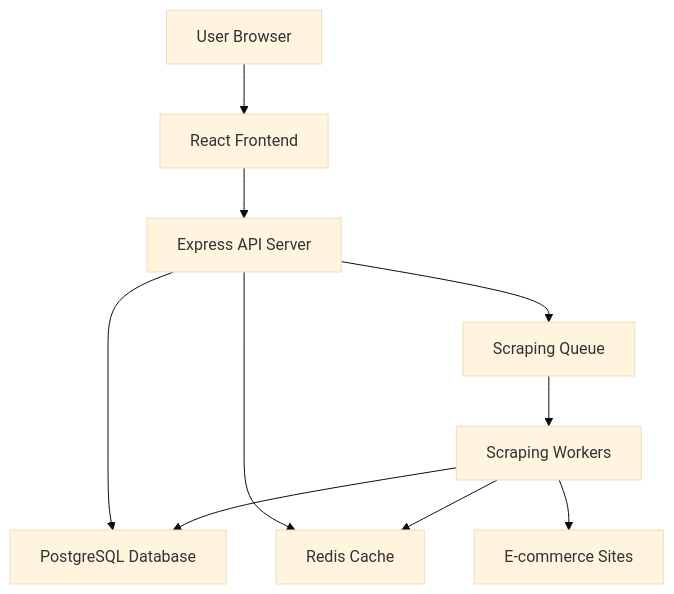
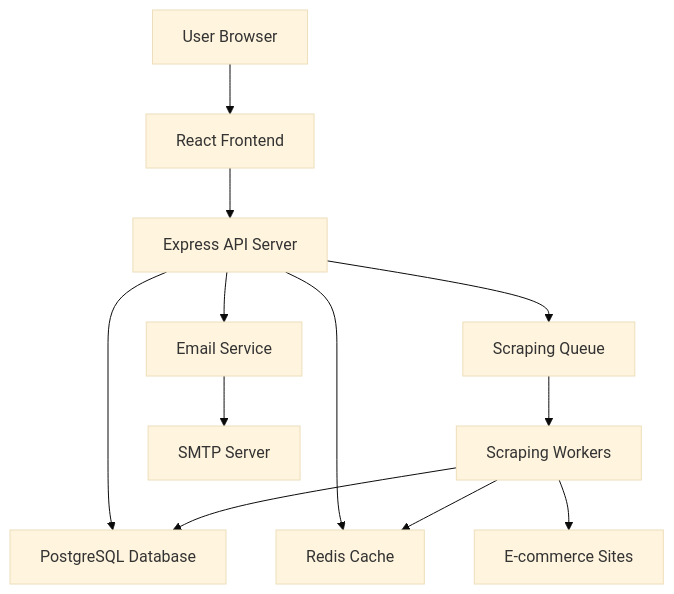
Before and after one commit to ntanwir10/ShopperSprint: the first of 3 diagrams in docs/PROJECT_PLAN.md, drawn with Mermaid (base theme). The commit also changed other lines of this file and 49 other files, not shown here.

Commit message:
feat: gate auth behind AUTH_ENABLED; re-enable monitoring; fix backend routes/schema/email; frontend auth gating and cleanup; remove mockData; fix TS in ProductPage, ProductDetail, healthCheck, UI calendar/chart; docs and env updates; add Supabase integration plan

````diff
--- a/docs/PROJECT_PLAN.md
+++ b/docs/PROJECT_PLAN.md
@@ -23,12 +24,14 @@
 ```mermaid
 graph TB
     A[User Browser] --> B[React Frontend]
     B --> C[Express API Server]
     C --> D[PostgreSQL Database]
     C --> E[Redis Cache]
     C --> F[Scraping Queue]
     F --> G[Scraping Workers]
     G --> H[E-commerce Sites]
     G --> D
     G --> E
+    C --> I[Email Service]
+    I --> J[SMTP Server]
 ```
````
